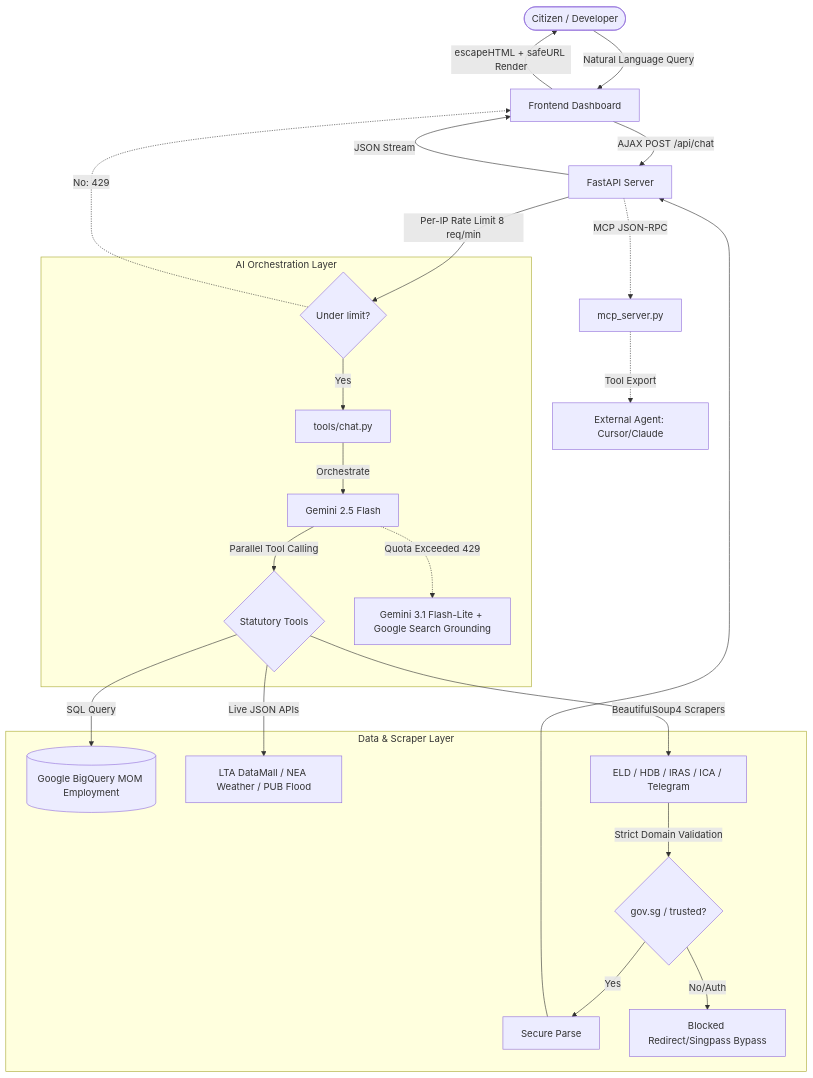
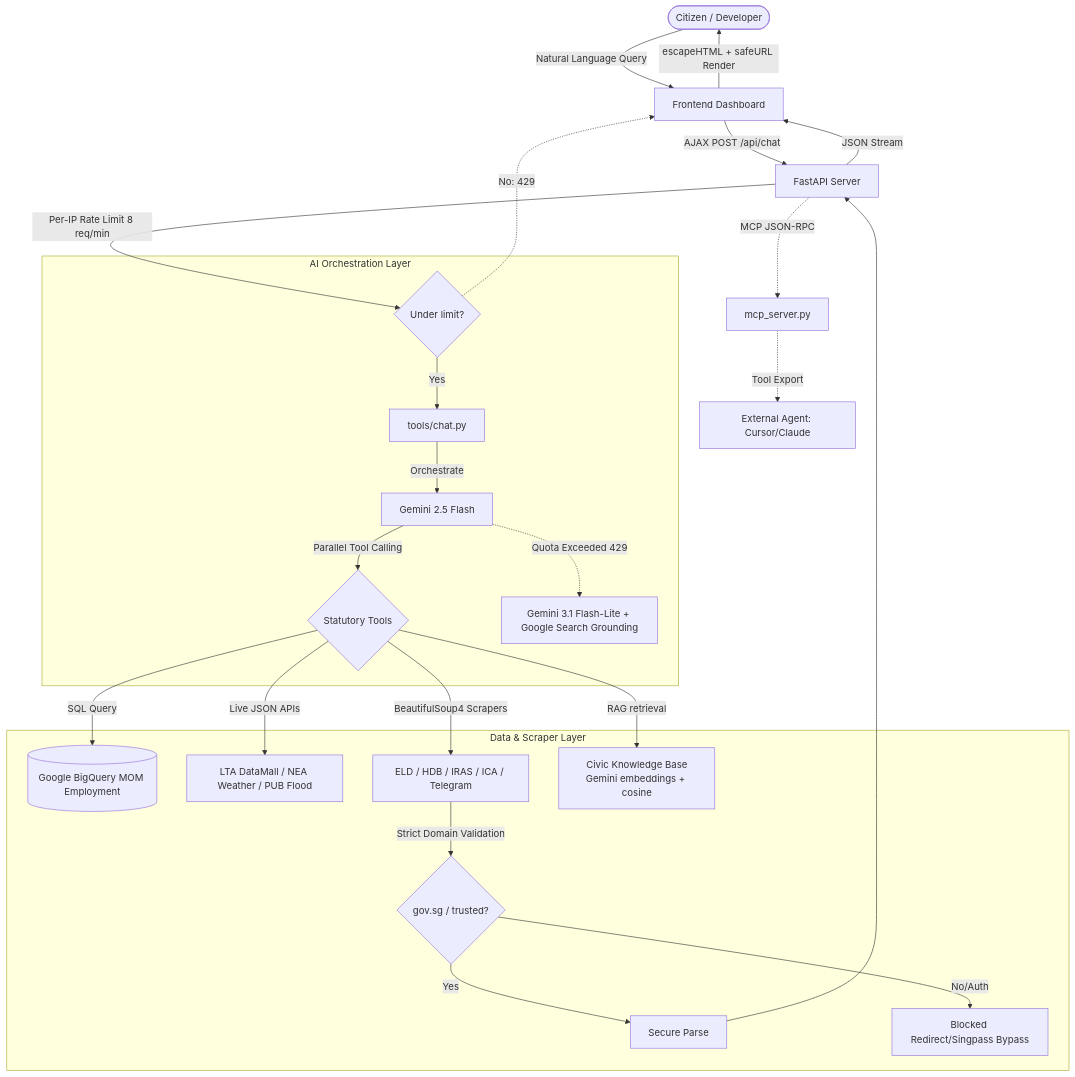
One commit to leshweyeewin/merlion-os changed the diagram in README.md. Above: the diagram before and after it, drawn with Mermaid. The commit also changed other lines of this file and 1 other file, not shown here.

First line of the commit message:
docs: refresh README + changelog for v4 (RAG, personas, freshness, module split)

````diff
--- a/README.md
+++ b/README.md
@@ -28,29 +28,30 @@
 ```mermaid
 graph TD
     User([Citizen / Developer]) -->|Natural Language Query| UI[Frontend Dashboard]
     UI -->|AJAX POST /api/chat| Server[FastAPI Server]
     Server -->|Per-IP Rate Limit 8 req/min| RateLimit{Under limit?}
     RateLimit -.->|No: 429| UI
 
     subgraph AI Orchestration Layer
         RateLimit -->|Yes| Chat[tools/chat.py]
         Chat -->|Orchestrate| Gemini[Gemini 2.5 Flash]
         Gemini -->|Parallel Tool Calling| Tools{Statutory Tools}
         Gemini -.->|Quota Exceeded 429| Fallback[Gemini 3.1 Flash-Lite + Google Search Grounding]
     end
 
     subgraph Data & Scraper Layer
         Tools -->|SQL Query| BQ[(Google BigQuery MOM Employment)]
         Tools -->|Live JSON APIs| APIS[LTA DataMall / NEA Weather / PUB Flood]
         Tools -->|BeautifulSoup4 Scrapers| Scrapers[ELD / HDB / IRAS / ICA / Telegram]
+        Tools -->|RAG retrieval| KB[Civic Knowledge Base<br/>Gemini embeddings + cosine]
         Scrapers -->|Strict Domain Validation| Validate{gov.sg / trusted?}
         Validate -->|Yes| Fetch[Secure Parse]
         Validate -->|No/Auth| Block[Blocked Redirect/Singpass Bypass]
     end
 
     Fetch --> Server
     Server -->|JSON Stream| UI
     UI -->|escapeHTML + safeURL Render| User
     Server -.->|MCP JSON-RPC| FastMCP[mcp_server.py]
     FastMCP -.->|Tool Export| Cursor[External Agent: Cursor/Claude]
 ```
````
